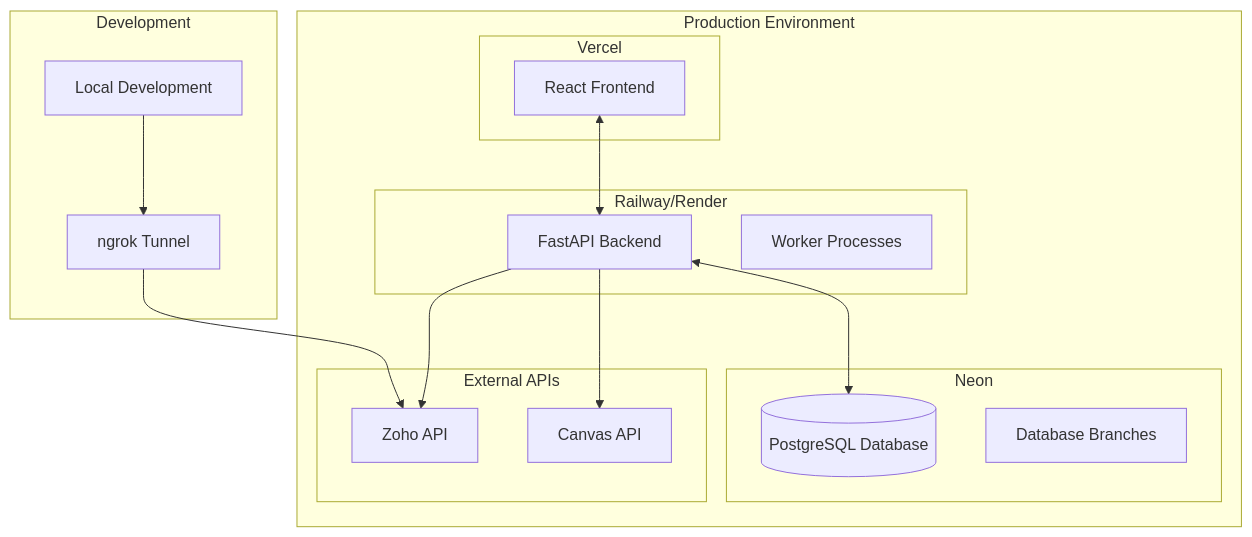
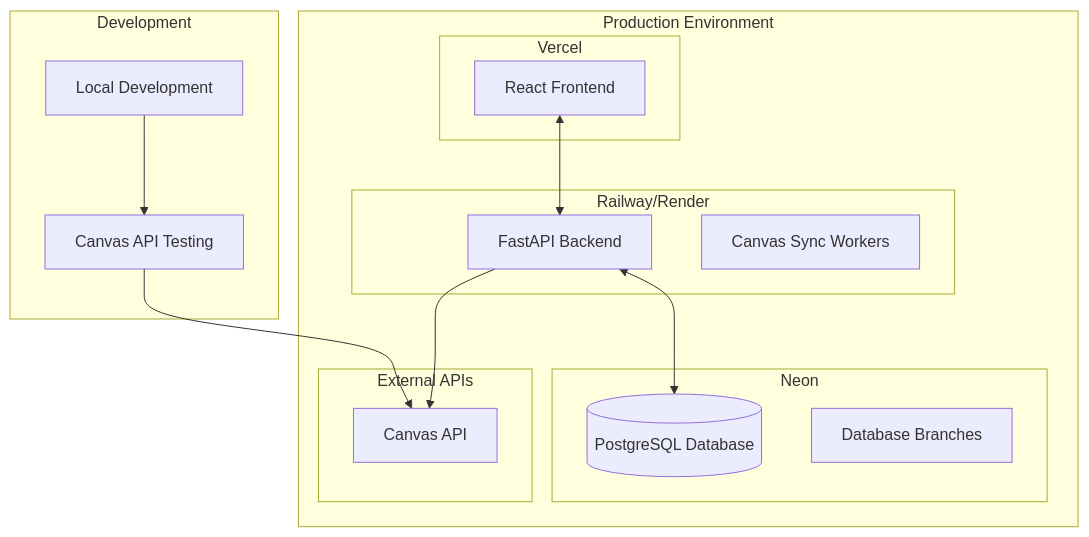
The fourth of 4 diagrams in CLAUDE.md (miasdk/CourseFeedbackAggregator), drawn with Mermaid before and after one commit. The commit also changed other lines of this file and 2 other files, not shown here.

````diff
--- a/CLAUDE.md
+++ b/CLAUDE.md
@@ -683,36 +553,33 @@
 ```mermaid
 graph TB
     subgraph "Production Environment"
         subgraph "Vercel"
             FE[React Frontend]
         end
 
         subgraph "Railway/Render"
             BE[FastAPI Backend]
-            WK[Worker Processes]
+            WK[Canvas Sync Workers]
         end
 
         subgraph "Neon"
             DB[(PostgreSQL Database)]
             BR[Database Branches]
         end
 
         subgraph "External APIs"
-            ZA[Zoho API]
             CA[Canvas API]
         end
     end
 
     subgraph "Development"
         DEV[Local Development]
-        NG[ngrok Tunnel]
+        TEST[Canvas API Testing]
     end
 
     FE <--> BE
     BE <--> DB
-    BE --> ZA
     BE --> CA
-
-    DEV --> NG
-    NG --> ZA
+    DEV --> TEST
+    TEST --> CA
 ```
````
